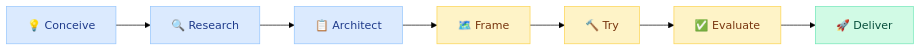
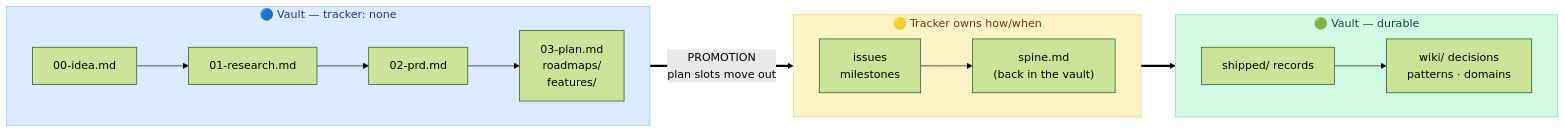
Before and after one commit to YoniRaviv/dev-llm-wiki: the diagram in README.md, drawn with Mermaid (forest theme). The commit also changed other lines of this file and 71 other files, not shown here.

````diff
--- a/README.md
+++ b/README.md
@@ -24,16 +57,29 @@
 ```mermaid
 flowchart LR
-    C["💡 Conceive"]:::vault
-    R["🔍 Research"]:::vault
-    A["📋 Architect"]:::vault
-    F["🗺️ Frame"]:::repo
-    T["🔨 Try"]:::repo
-    E["✅ Evaluate"]:::repo
-    D["🚀 Deliver"]:::done
+    subgraph V1["🔵 Vault — tracker: none"]
+      direction LR
+      I["00-idea.md"] --> R["01-research.md"] --> P["02-prd.md"]
+      P --> PL["03-plan.md<br/>roadmaps/<br/>features/"]
+    end
 
-    C --> R --> A --> F --> T --> E --> D
+    PL ==>|"PROMOTION<br/>plan slots move out"| T
+
+    subgraph V2["🟡 Tracker owns how/when"]
+      direction LR
+      T["issues<br/>milestones"] --> SP["spine.md<br/>(back in the vault)"]
+    end
+
+    SP ==> S
+
+    subgraph V3["🟢 Vault — durable"]
+      direction LR
+      S["shipped/ records"] --> W["wiki/ decisions<br/>patterns · domains"]
+    end
 
     classDef vault fill:#dbeafe,stroke:#93c5fd,color:#1e3a8a
-    classDef repo  fill:#fef3c7,stroke:#fcd34d,color:#78350f
+    classDef trk   fill:#fef3c7,stroke:#fcd34d,color:#78350f
     classDef done  fill:#d1fae5,stroke:#6ee7b7,color:#064e3b
+    class V1 vault
+    class V2 trk
+    class V3 done
 ```
````
